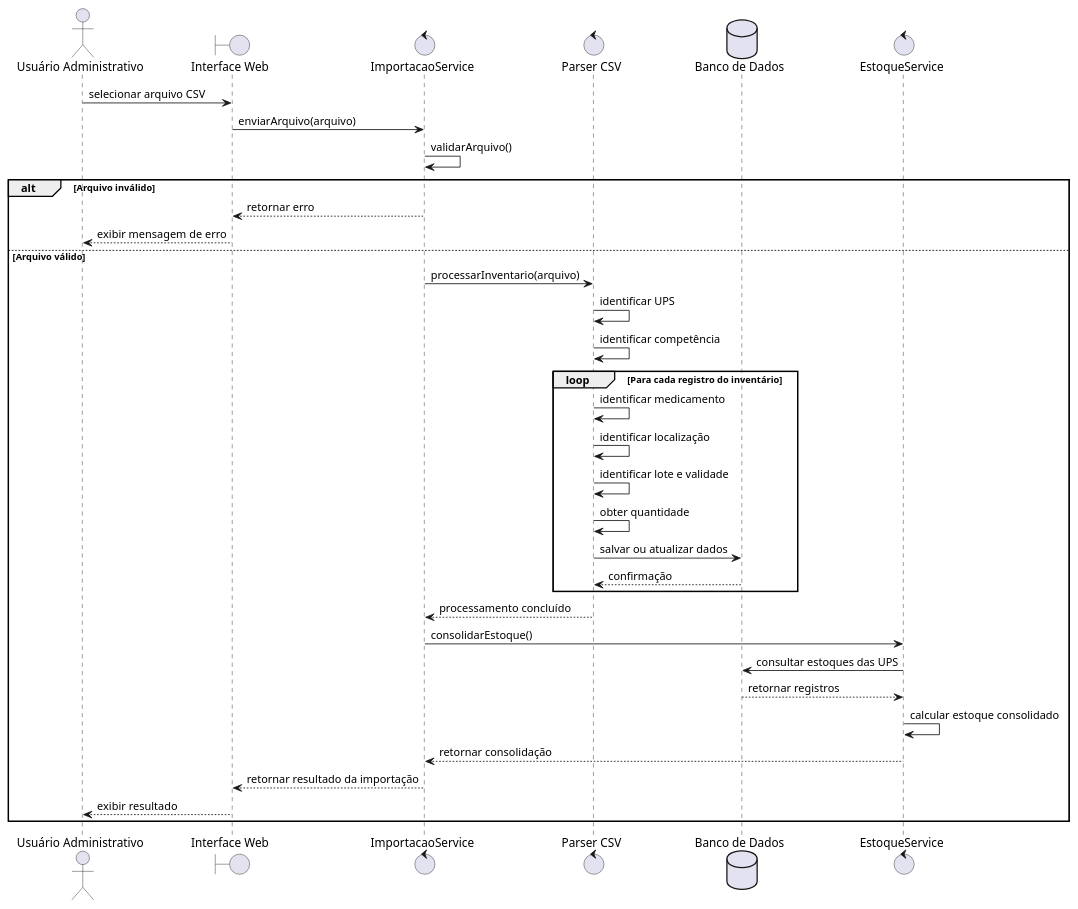
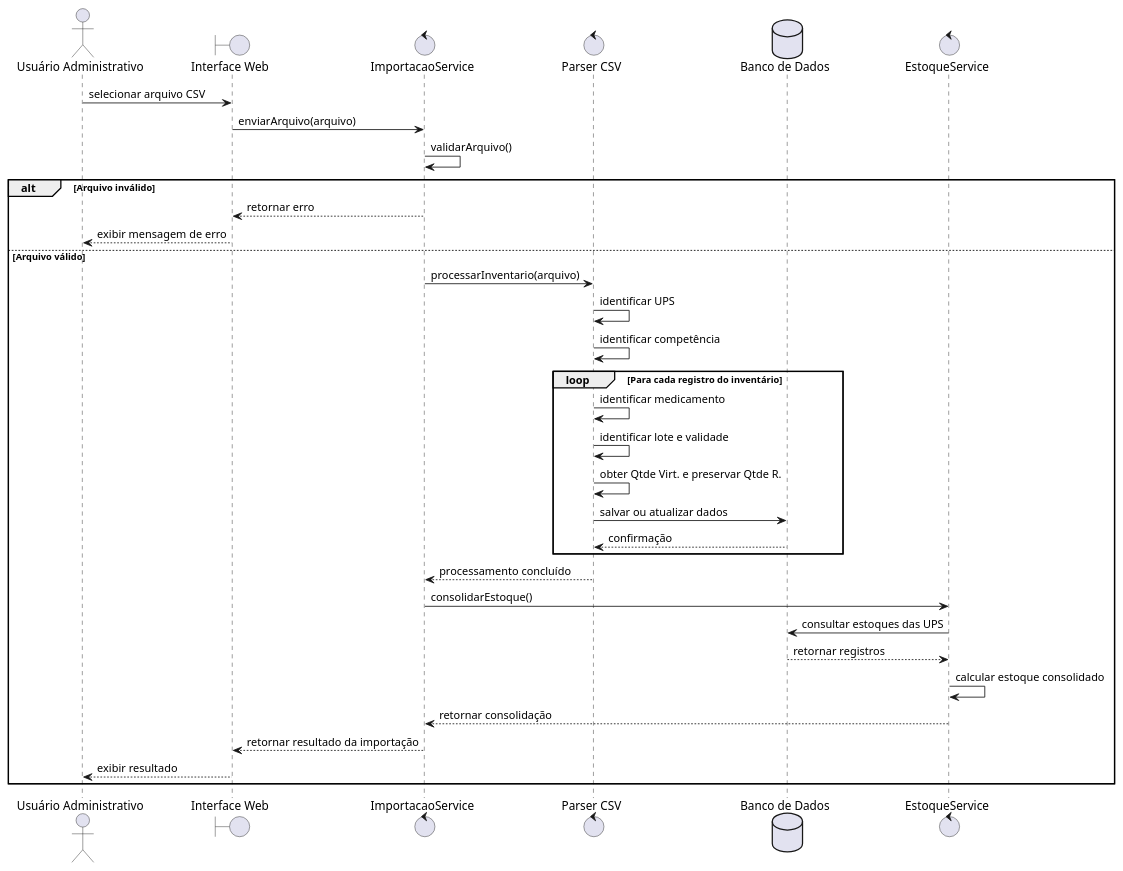
Before and after one commit to mariaclarapp/stockflow: the diagram in docs/diagramas/sequencia/importacao-inventario.puml, drawn with PlantUML. The commit also changed 20 other files, not shown here.

```diff
--- a/docs/diagramas/sequencia/importacao-inventario.puml
+++ b/docs/diagramas/sequencia/importacao-inventario.puml
@@ -1,48 +1,47 @@
 @startuml
 
 actor "Usuário Administrativo" as Admin
 boundary "Interface Web" as Interface
 control "ImportacaoService" as Importacao
 control "Parser CSV" as Parser
 database "Banco de Dados" as Banco
 control "EstoqueService" as Estoque
 
 Admin -> Interface : selecionar arquivo CSV
 Interface -> Importacao : enviarArquivo(arquivo)
 
 Importacao -> Importacao : validarArquivo()
 
 alt Arquivo inválido
     Importacao --> Interface : retornar erro
     Interface --> Admin : exibir mensagem de erro
 
 else Arquivo válido
 
     Importacao -> Parser : processarInventario(arquivo)
 
     Parser -> Parser : identificar UPS
     Parser -> Parser : identificar competência
 
     loop Para cada registro do inventário
         Parser -> Parser : identificar medicamento
-        Parser -> Parser : identificar localização
         Parser -> Parser : identificar lote e validade
-        Parser -> Parser : obter quantidade
+        Parser -> Parser : obter Qtde Virt. e preservar Qtde R.
 
         Parser -> Banco : salvar ou atualizar dados
         Banco --> Parser : confirmação
     end
 
     Parser --> Importacao : processamento concluído
 
     Importacao -> Estoque : consolidarEstoque()
     Estoque -> Banco : consultar estoques das UPS
     Banco --> Estoque : retornar registros
     Estoque -> Estoque : calcular estoque consolidado
     Estoque --> Importacao : retornar consolidação
 
     Importacao --> Interface : retornar resultado da importação
     Interface --> Admin : exibir resultado
 end
 
 @enduml
```
